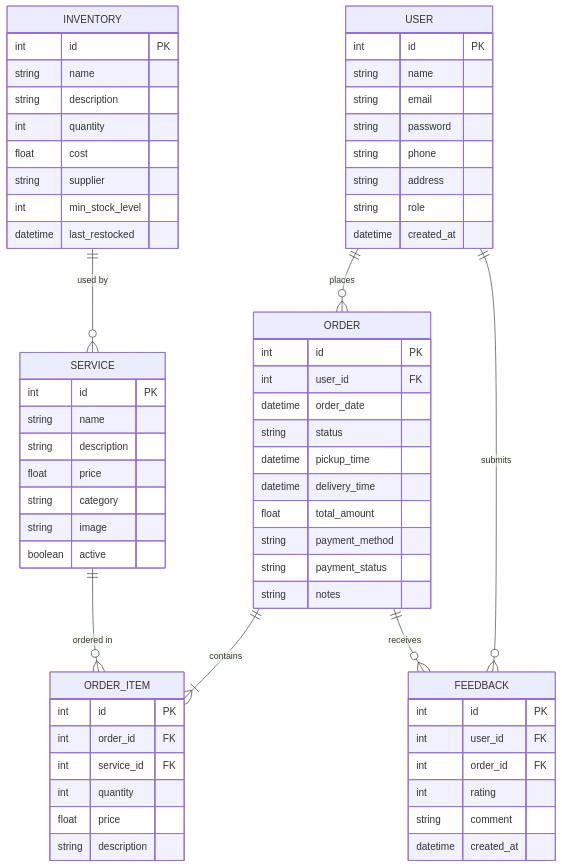
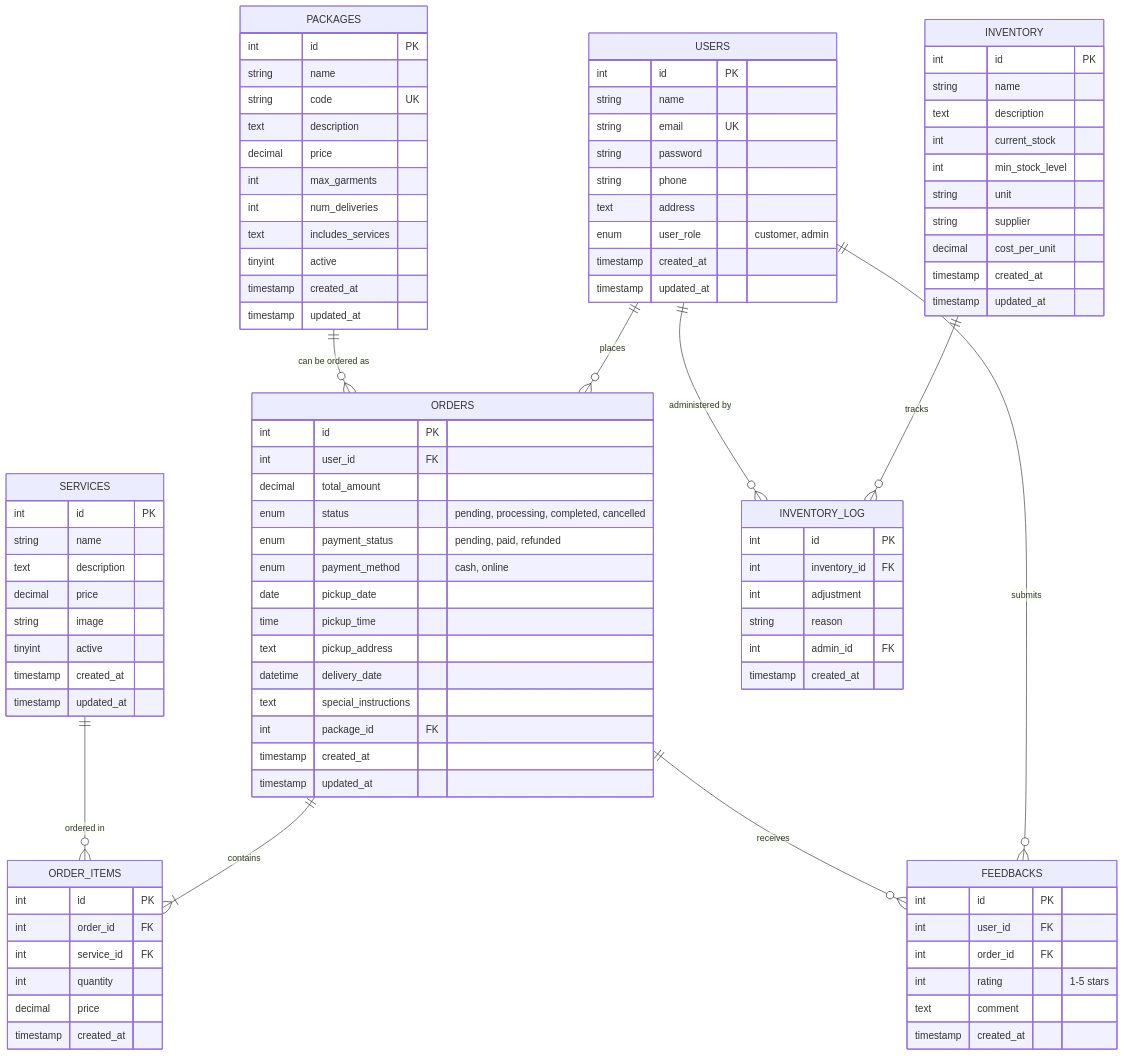
The diagram in README.md (JordanCJ7/Dry-Drop), drawn with Mermaid before and after one commit. The commit also changed other lines of this file, not shown here.

Commit message:
Update ER diagram and database documentation
Expanded the Mermaid ER diagram to include new tables (PACKAGES, INVENTORY_LOG), updated field types, constraints, and relationships for greater accuracy. Added a summary of key database tables and features to improve project documentation and clarity.

````diff
--- a/README.md
+++ b/README.md
@@ -283,66 +283,106 @@
 ```mermaid
 erDiagram
-    USER ||--o{ ORDER : places
-    USER {
+    USERS ||--o{ ORDERS : places
+    USERS {
         int id PK
         string name
-        string email
+        string email UK
         string password
         string phone
-        string address
-        string role
-        datetime created_at
+        text address
+        enum user_role "customer, admin"
+        timestamp created_at
+        timestamp updated_at
     }
-    ORDER ||--|{ ORDER_ITEM : contains
-    ORDER {
+    
+    PACKAGES ||--o{ ORDERS : "can be ordered as"
+    PACKAGES {
+        int id PK
+        string name
+        string code UK
+        text description
+        decimal price
+        int max_garments
+        int num_deliveries
+        text includes_services
+        tinyint active
+        timestamp created_at
+        timestamp updated_at
+    }
+    
+    ORDERS ||--|{ ORDER_ITEMS : contains
+    ORDERS {
         int id PK
         int user_id FK
-        datetime order_date
-        string status
-        datetime pickup_time
-        datetime delivery_time
-        float total_amount
-        string payment_method
-        string payment_status
-        string notes
+        decimal total_amount
+        enum status "pending, processing, completed, cancelled"
+        enum payment_status "pending, paid, refunded"
+        enum payment_method "cash, online"
+        date pickup_date
+        time pickup_time
+        text pickup_address
+        datetime delivery_date
+        text special_instructions
+        int package_id FK
+        timestamp created_at
+        timestamp updated_at
     }
-    ORDER_ITEM {
+    
+    ORDER_ITEMS {
         int id PK
         int order_id FK
         int service_id FK
         int quantity
-        float price
-        string description
+        decimal price
+        timestamp created_at
     }
-    SERVICE ||--o{ ORDER_ITEM : "ordered in"
-    SERVICE {
+    
+    SERVICES ||--o{ ORDER_ITEMS : "ordered in"
+    SERVICES {
         int id PK
         string name
-        string description
-        float price
-        string category
+        text description
+        decimal price
         string image
-        boolean active
+        tinyint active
+        timestamp created_at
+        timestamp updated_at
     }
-    USER ||--o{ FEEDBACK : submits
-    FEEDBACK {
+    
+    USERS ||--o{ FEEDBACKS : submits
+    FEEDBACKS {
         int id PK
         int user_id FK
         int order_id FK
-        int rating
-        string comment
-        datetime created_at
+        int rating "1-5 stars"
+        text comment
+        timestamp created_at
     }
-    ORDER ||--o{ FEEDBACK : receives
-    INVENTORY ||--o{ SERVICE : "used by"
+    
+    ORDERS ||--o{ FEEDBACKS : receives
+    
     INVENTORY {
         int id PK
         string name
-        string description
-        int quantity
-        float cost
+        text description
+        int current_stock
+        int min_stock_level
+        string unit
         string supplier
-        int min_stock_level
-        datetime last_restocked
+        decimal cost_per_unit
+        timestamp created_at
+        timestamp updated_at
     }
+    
+    INVENTORY ||--o{ INVENTORY_LOG : tracks
+    INVENTORY_LOG {
+        int id PK
+        int inventory_id FK
+        int adjustment
+        string reason
+        int admin_id FK
+        timestamp created_at
+    }
+    
+    USERS ||--o{ INVENTORY_LOG : "administered by"
 ```
````
